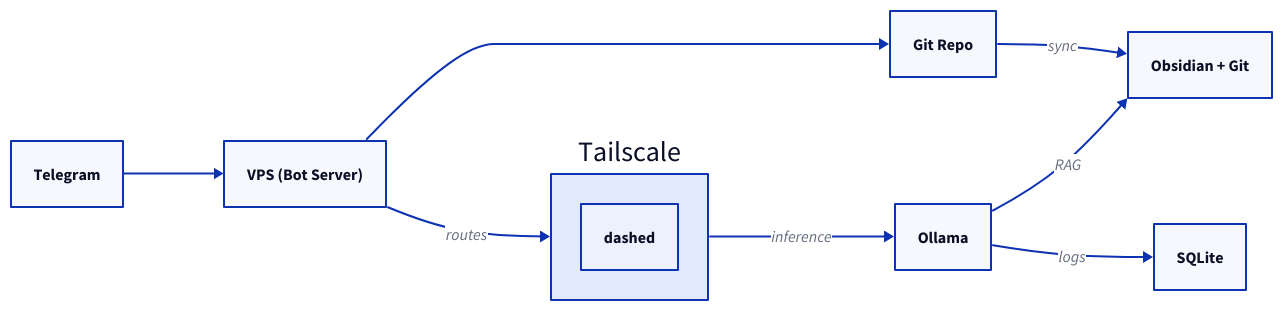
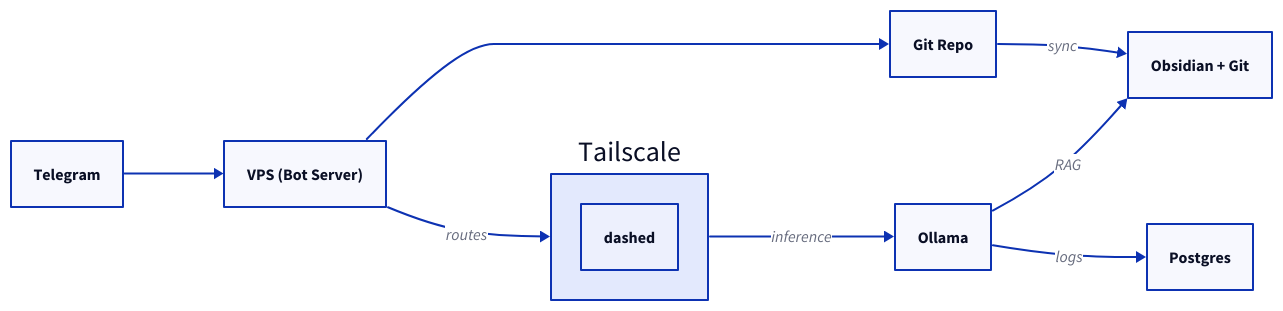
The diagram in src/content/blog/private-ai-workstation.mdx (metalops-dev/web), drawn with D2 before and after one commit.

Commit message:
replace postgres

````diff
--- a/src/content/blog/private-ai-workstation.mdx
+++ b/src/content/blog/private-ai-workstation.mdx
@@ -111,28 +111,28 @@
 ```d2
 direction: right
 
 telegram: Telegram
 
 vps: VPS (Bot Server)
 
 git: Git Repo
 
 tailscale: Tailscale {
   shape: rectangle
   border-style: dashed
 }
 
 ollama: Ollama
 
 obsidian: Obsidian + Git
 
-sqlite: SQLite
+Postgres: Postgres
 
 telegram -> vps
 vps -> git
 vps -> tailscale: routes
 tailscale -> ollama: inference
 git -> obsidian: sync
 ollama -> obsidian: RAG
-ollama -> sqlite: logs
+ollama -> Postgres: logs
 ```
````
